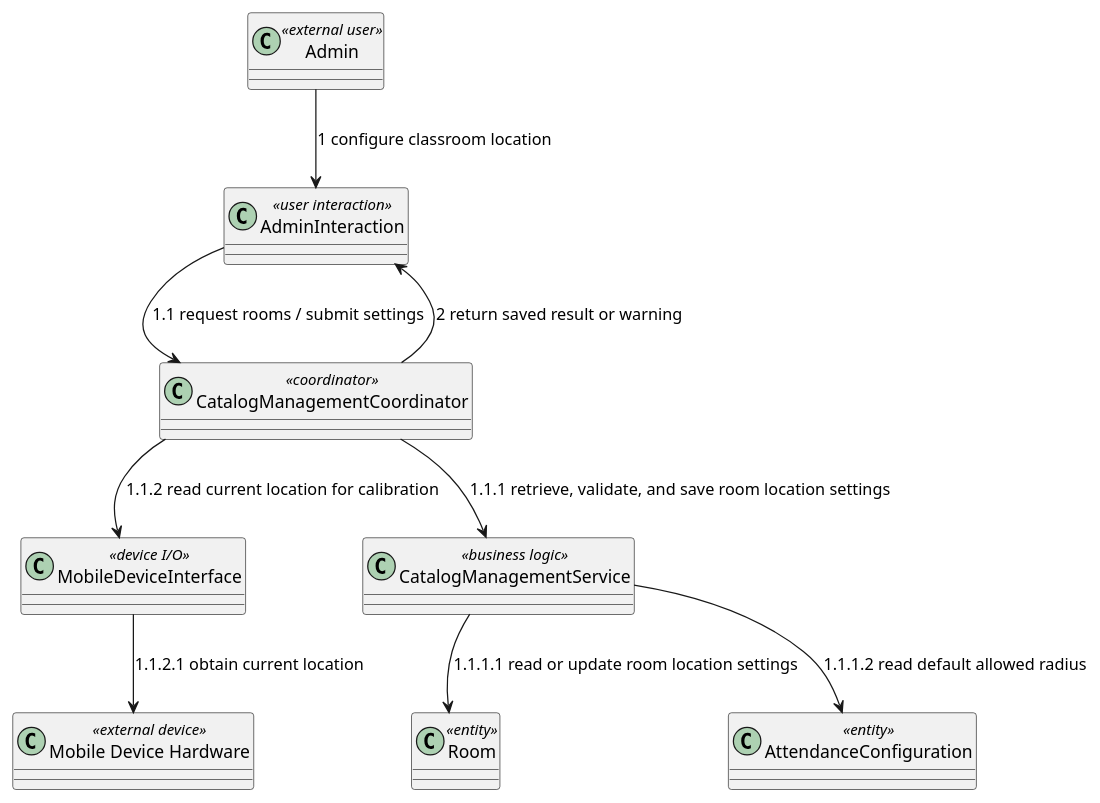
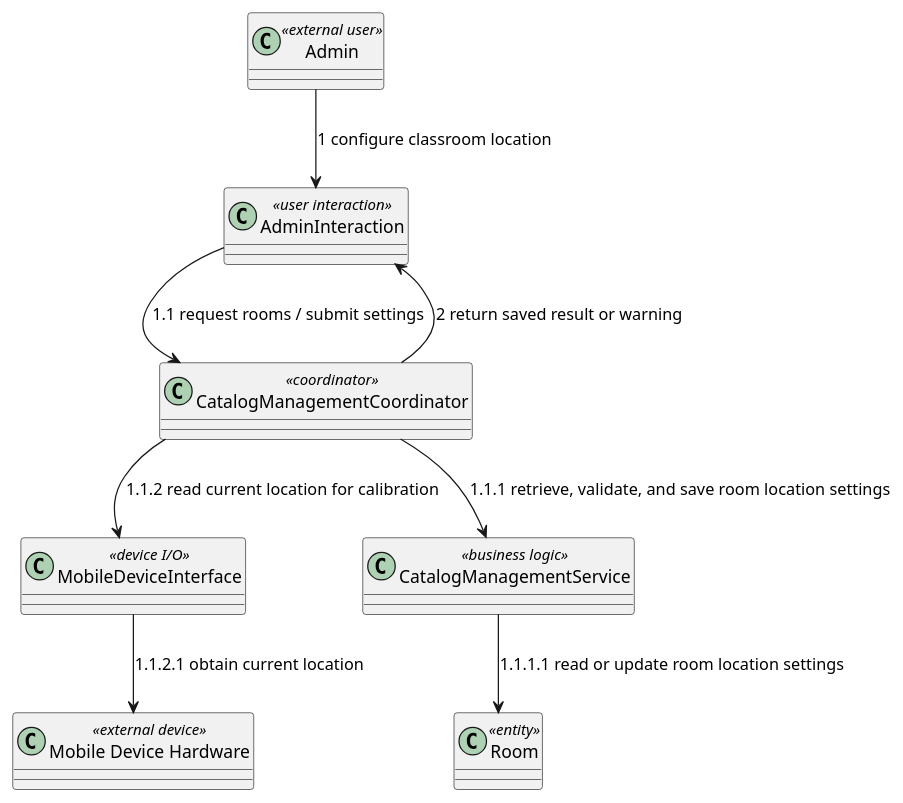
Before and after one commit to nttung42/SWD392: diagram 26 of 28 in docs/rds/2_Analysis.md, drawn with PlantUML. The commit also changed other lines of this file and 3 other files, not shown here.

````diff
--- a/docs/rds/2_Analysis.md
+++ b/docs/rds/2_Analysis.md
@@ -1210,21 +1150,19 @@
 ```plantuml
 @startuml
 class "Admin" as Admin <<external user>>
 class "Mobile Device Hardware" as MobileHardware <<external device>>
 class "AdminInteraction" as AdminUI <<user interaction>>
 class "CatalogManagementCoordinator" as RoomControl <<coordinator>>
 class "MobileDeviceInterface" as MobileSensor <<device I/O>>
 class "CatalogManagementService" as LocationSettingRules <<business logic>>
 class "Room" as Room <<entity>>
-class "AttendanceConfiguration" as AttendanceConfig <<entity>>
 
 Admin --> AdminUI : 1 configure classroom location
 AdminUI --> RoomControl : 1.1 request rooms / submit settings
 RoomControl --> LocationSettingRules : 1.1.1 retrieve, validate, and save room location settings
 LocationSettingRules --> Room : 1.1.1.1 read or update room location settings
-LocationSettingRules --> AttendanceConfig : 1.1.1.2 read default allowed radius
 RoomControl --> MobileSensor : 1.1.2 read current location for calibration
 MobileSensor --> MobileHardware : 1.1.2.1 obtain current location
 RoomControl --> AdminUI : 2 return saved result or warning
 @enduml
 ```
````
